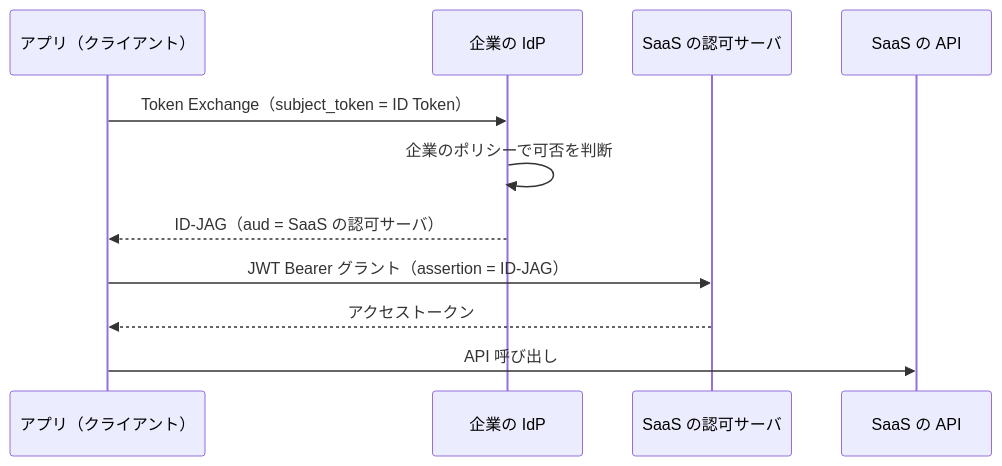
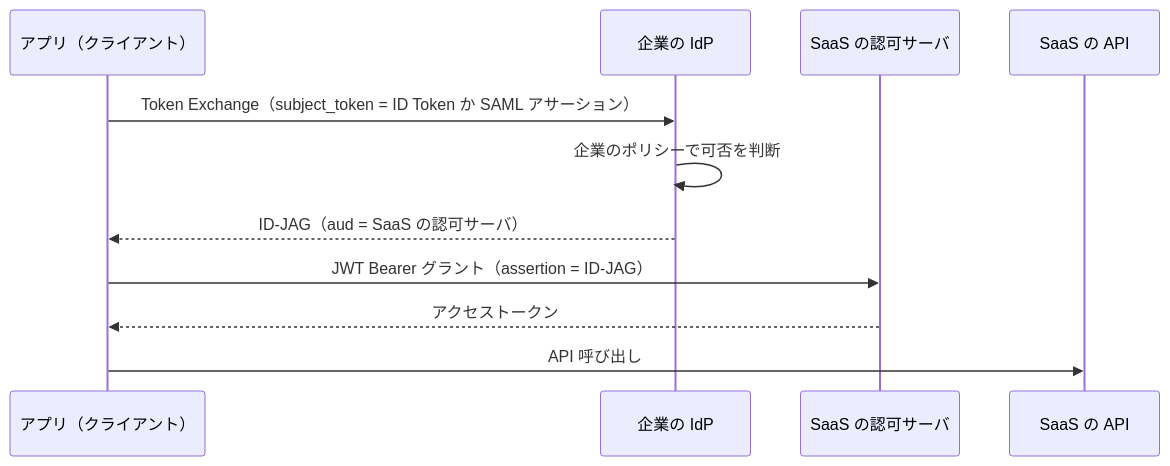
The second of 2 diagrams in content/ja/posts/oauth-standards-map-authorization-platform.md (bmf-san/bmf-tech), drawn with Mermaid before and after one commit. The commit also changed other lines of this file and 1 other file, not shown here.

First line of the commit message:
fix: OAuth 関連標準の地図の記事の図・表・まとめを本文と一次資料の条件に合わせる

````diff
--- a/content/ja/posts/oauth-standards-map-authorization-platform.md
+++ b/content/ja/posts/oauth-standards-map-authorization-platform.md
@@ -277,13 +279,13 @@
 ```mermaid
 sequenceDiagram
   participant App as アプリ（クライアント）
   participant IdP as 企業の IdP
   participant RAS as SaaS の認可サーバ
   participant API as SaaS の API
-  App->>IdP: Token Exchange（subject_token = ID Token）
+  App->>IdP: Token Exchange（subject_token = ID Token か SAML アサーション）
   IdP->>IdP: 企業のポリシーで可否を判断
   IdP-->>App: ID-JAG（aud = SaaS の認可サーバ）
   App->>RAS: JWT Bearer グラント（assertion = ID-JAG）
   RAS-->>App: アクセストークン
   App->>API: API 呼び出し
 ```
````
